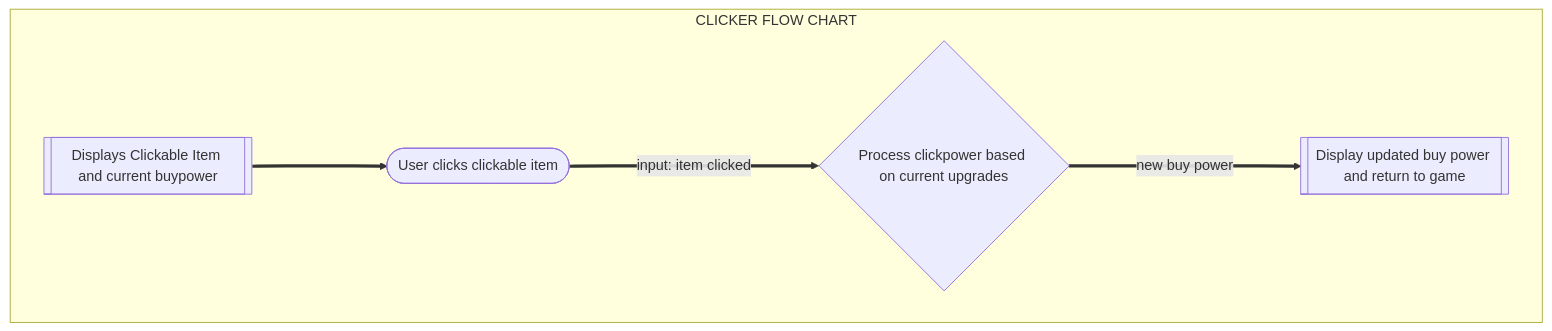
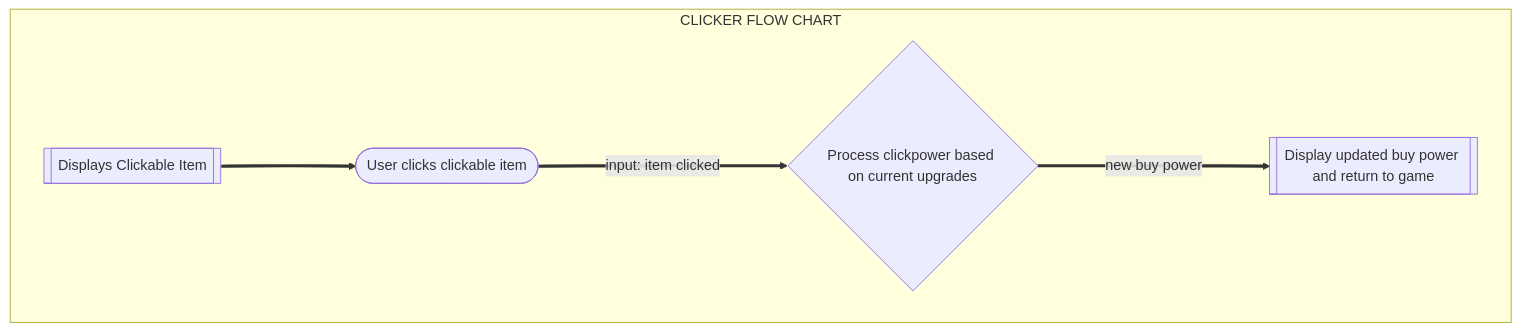
Before and after one commit to kaesotiric/money_clicker_game: the first of 2 diagrams in flows.md, drawn with Mermaid. The commit also changed other lines of this file, not shown here.

Commit message:
FIXED PHASE 1 FLOWCHART

````diff
--- a/flows.md
+++ b/flows.md
@@ -9,19 +9,14 @@
 ```mermaid
 flowchart TD
     subgraph CLICKER FLOW CHART
-        display[[Displays Clickable Item and current buypower]]
+        display[[Displays Clickable Item]]
         clickItem([User clicks clickable item])
-%%        calculate[Calculates buy power gain based on upgrades]
         updatedBP[[Display updated buy power and return to game]]
         display-result{Process clickpower based on current upgrades}
-%%        noUpgrade[Calculates clickpower with no upgrades]
         display===> clickItem
         clickItem ==input: item clicked===> display-result
-%%        display-result -.Player has at least one upgrade.-> calculate
-%%        display-result -.No upgrades.-> noUpgrade
         display-result==new buy power===>updatedBP
-%%        noUpgrade==new buy power with no upgrade ===>updatedBP
         
         end
 
 ```
````
